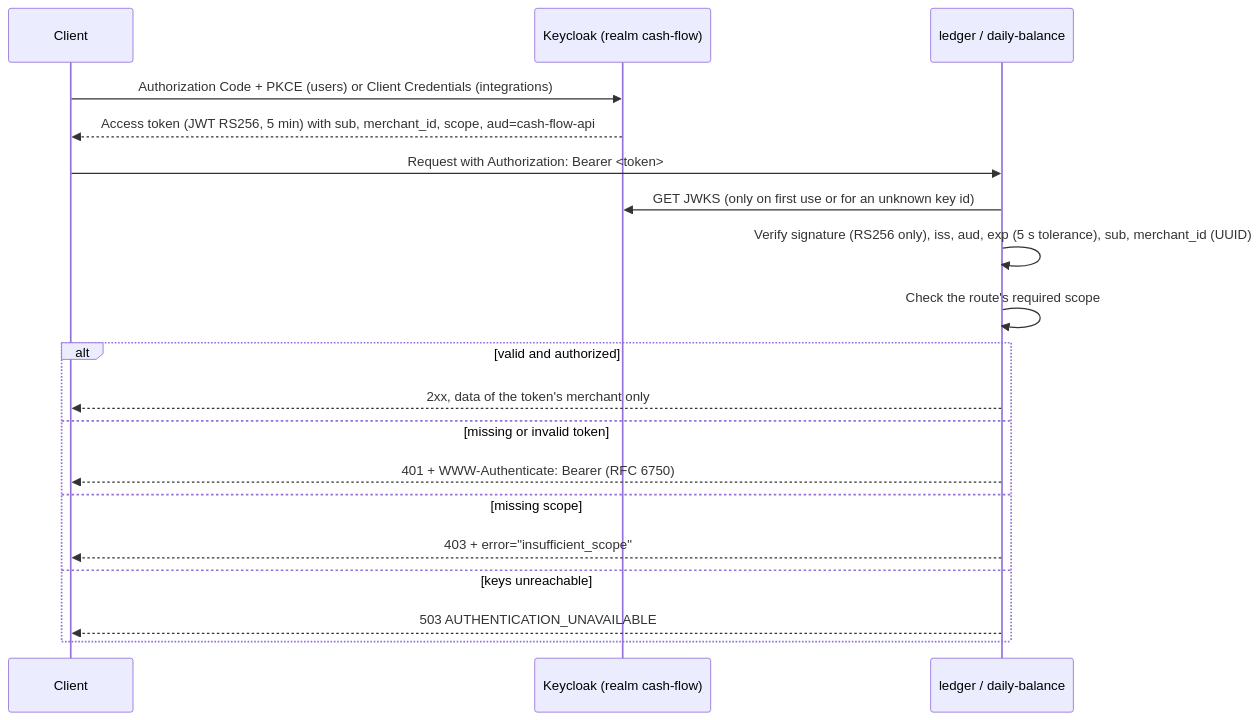
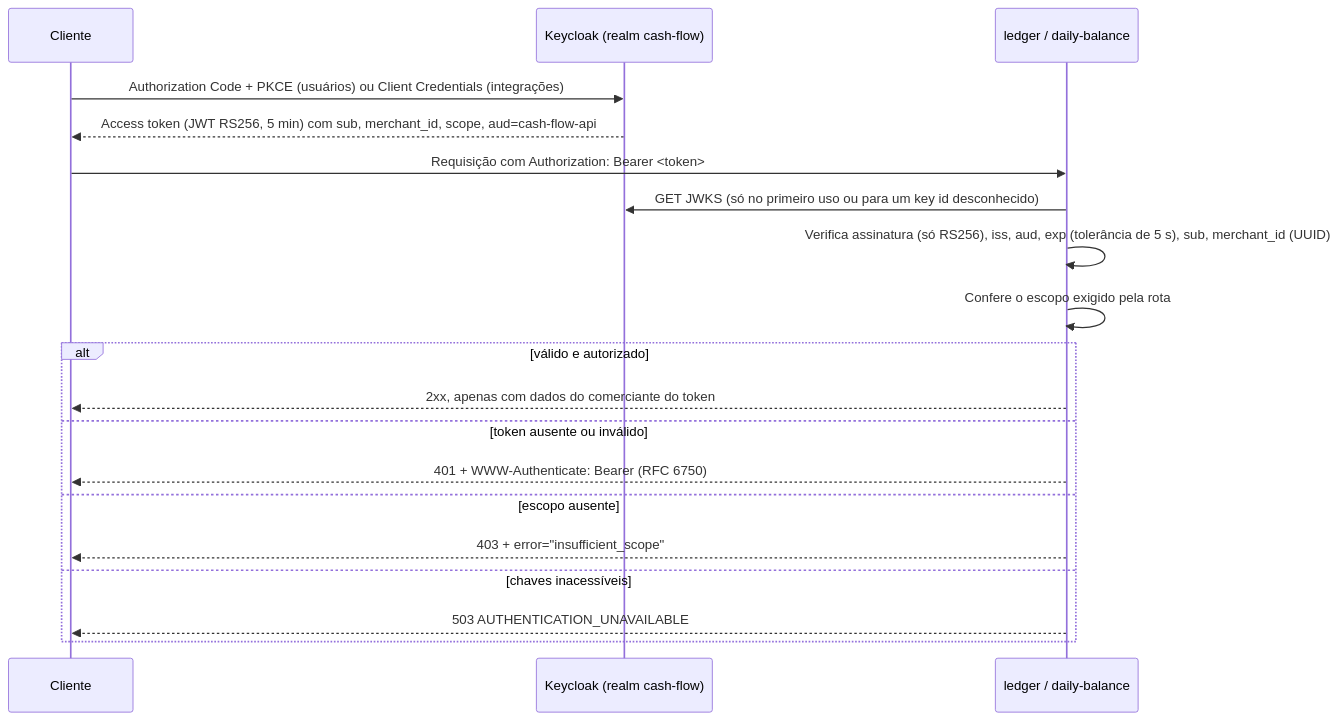
The second of 2 diagrams in docs/06-security.md (joaorizzont/cash-flow-test), drawn with Mermaid before and after one commit. The commit also changed other lines of this file and 23 other files, not shown here.

First line of the commit message:
docs: translate architecture documentation to portuguese

````diff
--- a/docs/06-security.md
+++ b/docs/06-security.md
@@ -57,21 +57,21 @@
 ```mermaid
 sequenceDiagram
-  participant U as Client
+  participant U as Cliente
   participant K as Keycloak (realm cash-flow)
   participant A as ledger / daily-balance
-  U->>K: Authorization Code + PKCE (users) or Client Credentials (integrations)
-  K-->>U: Access token (JWT RS256, 5 min) with sub, merchant_id, scope, aud=cash-flow-api
-  U->>A: Request with Authorization: Bearer <token>
-  A->>K: GET JWKS (only on first use or for an unknown key id)
-  A->>A: Verify signature (RS256 only), iss, aud, exp (5 s tolerance), sub, merchant_id (UUID)
-  A->>A: Check the route's required scope
-  alt valid and authorized
-    A-->>U: 2xx, data of the token's merchant only
-  else missing or invalid token
+  U->>K: Authorization Code + PKCE (usuários) ou Client Credentials (integrações)
+  K-->>U: Access token (JWT RS256, 5 min) com sub, merchant_id, scope, aud=cash-flow-api
+  U->>A: Requisição com Authorization: Bearer <token>
+  A->>K: GET JWKS (só no primeiro uso ou para um key id desconhecido)
+  A->>A: Verifica assinatura (só RS256), iss, aud, exp (tolerância de 5 s), sub, merchant_id (UUID)
+  A->>A: Confere o escopo exigido pela rota
+  alt válido e autorizado
+    A-->>U: 2xx, apenas com dados do comerciante do token
+  else token ausente ou inválido
     A-->>U: 401 + WWW-Authenticate: Bearer (RFC 6750)
-  else missing scope
+  else escopo ausente
     A-->>U: 403 + error="insufficient_scope"
-  else keys unreachable
+  else chaves inacessíveis
     A-->>U: 503 AUTHENTICATION_UNAVAILABLE
   end
 ```
````
